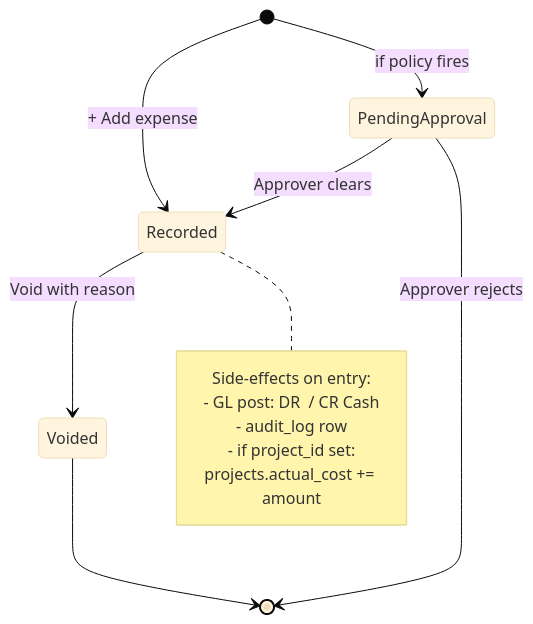
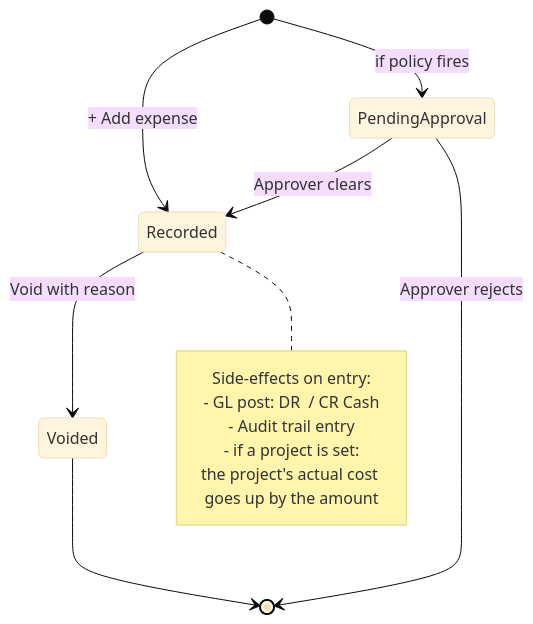
Before and after one commit to quilit-dev/quilit-erp: the diagram in docs/manual/docs/finance/expenses.md, drawn with Mermaid (base theme). The commit also changed other lines of this file and 58 other files, not shown here.

````diff
--- a/docs/manual/docs/finance/expenses.md
+++ b/docs/manual/docs/finance/expenses.md
@@ -178,17 +178,17 @@
 ```mermaid
 stateDiagram-v2
     [*] --> Recorded : + Add expense
     [*] --> PendingApproval : if policy fires
     PendingApproval --> Recorded : Approver clears
     PendingApproval --> [*] : Approver rejects
     Recorded --> Voided : Void with reason
     Voided --> [*]
 
     note right of Recorded
         Side-effects on entry:
         - GL post: DR <category account> / CR Cash
-        - audit_log row
-        - if project_id set:
-          projects.actual_cost += amount
+        - Audit trail entry
+        - if a project is set:
+          the project's actual cost goes up by the amount
     end note
 ```
````
